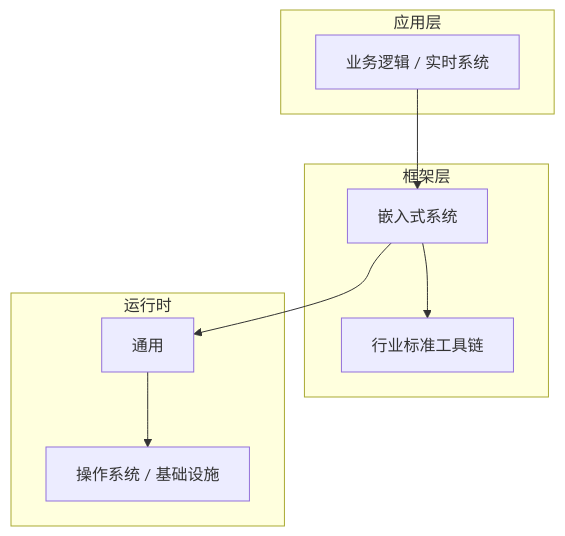
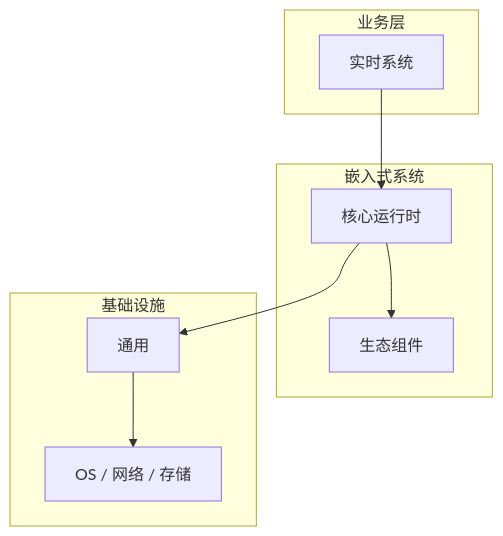
The diagram in articles/嵌入式系统/chapters/051-实时系统核心概念与原理.md (yanggan2015/knowledge-json-v2), drawn with Mermaid before and after one commit. The commit also changed other lines of this file and 10127 other files, not shown here.

````diff
--- a/articles/嵌入式系统/chapters/051-实时系统核心概念与原理.md
+++ b/articles/嵌入式系统/chapters/051-实时系统核心概念与原理.md
@@ -45,18 +34,18 @@
 ```mermaid
 graph TB
-    subgraph 应用层
-        A[业务逻辑 / 实时系统]
+    subgraph 业务层
+        A[实时系统]
     end
-    subgraph 框架层
-        B[嵌入式系统]
-        C[行业标准工具链]
+    subgraph 嵌入式系统
+        B[核心运行时]
+        C[生态组件]
     end
-    subgraph 运行时
+    subgraph 基础设施
         D[通用]
-        E[操作系统 / 基础设施]
+        E[OS / 网络 / 存储]
     end
     A --> B
     B --> C
     B --> D
     D --> E
 ```
````
